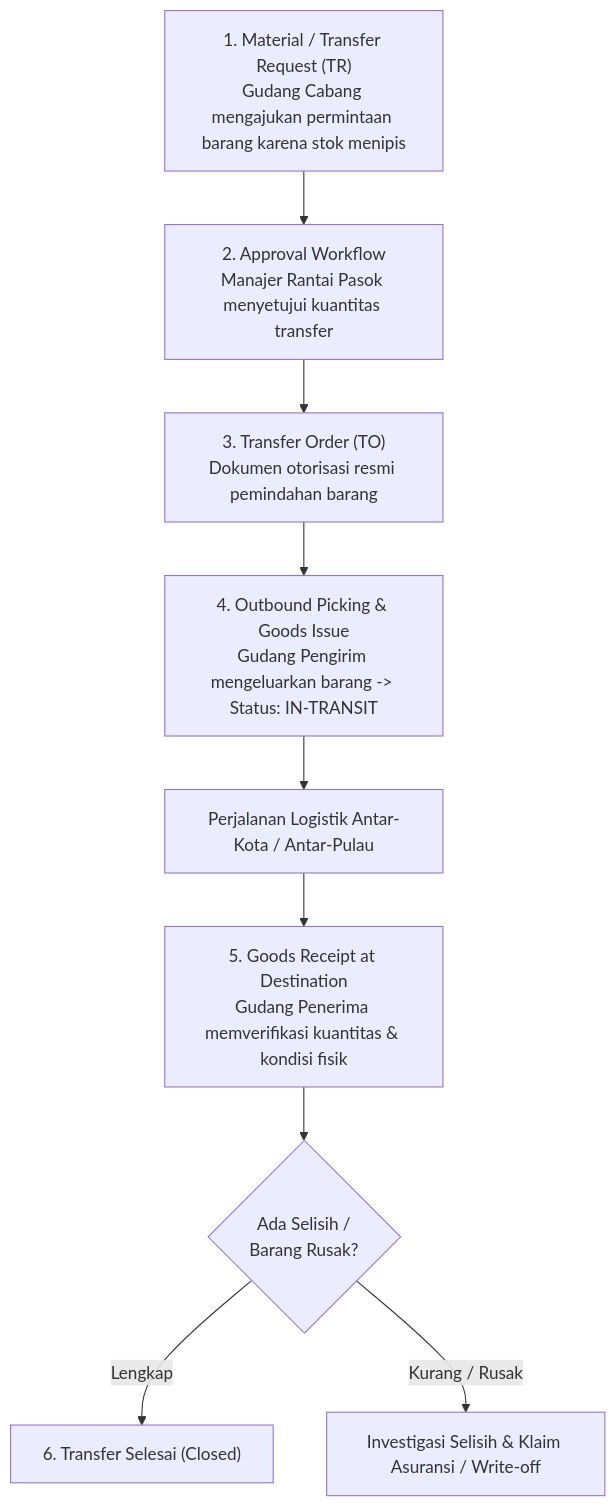
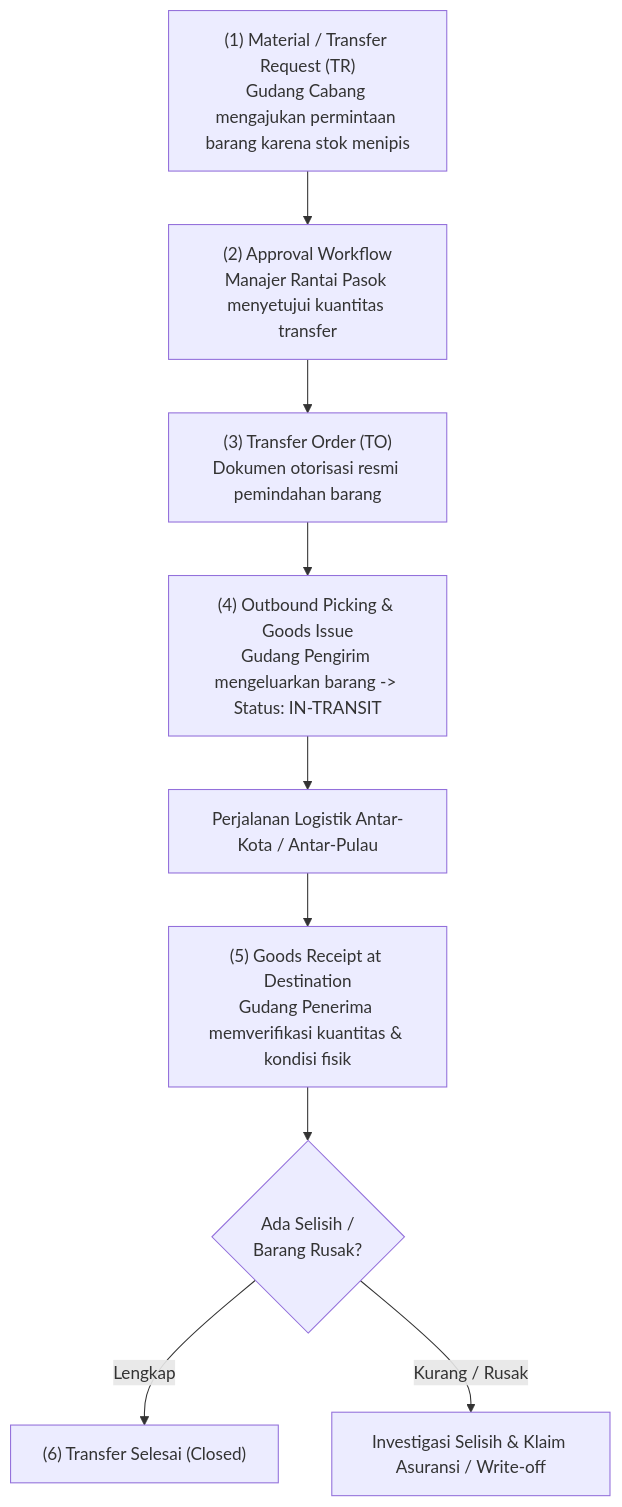
One commit to alimurrofid/erp-notes changed the third of 3 diagrams in content/05-inventory/internal-stock-transfer.md. Above: the diagram before and after it, drawn with Mermaid. The commit also changed other lines of this file and 132 other files, not shown here.

````diff
--- a/content/05-inventory/internal-stock-transfer.md
+++ b/content/05-inventory/internal-stock-transfer.md
@@ -78,12 +78,12 @@
 ```mermaid
 flowchart TD
-    TR["1. Material / Transfer Request (TR)<br/>Gudang Cabang mengajukan permintaan barang karena stok menipis"]
-    --> Appr["2. Approval Workflow<br/>Manajer Rantai Pasok menyetujui kuantitas transfer"]
-    --> TO["3. Transfer Order (TO)<br/>Dokumen otorisasi resmi pemindahan barang"]
-    --> Pick["4. Outbound Picking & Goods Issue<br/>Gudang Pengirim mengeluarkan barang -> Status: IN-TRANSIT"]
+    TR["(1) Material / Transfer Request (TR)<br/>Gudang Cabang mengajukan permintaan barang karena stok menipis"]
+    --> Appr["(2) Approval Workflow<br/>Manajer Rantai Pasok menyetujui kuantitas transfer"]
+    --> TO["(3) Transfer Order (TO)<br/>Dokumen otorisasi resmi pemindahan barang"]
+    --> Pick["(4) Outbound Picking & Goods Issue<br/>Gudang Pengirim mengeluarkan barang -> Status: IN-TRANSIT"]
     --> Transport["Perjalanan Logistik Antar-Kota / Antar-Pulau"]
-    --> GR["5. Goods Receipt at Destination<br/>Gudang Penerima memverifikasi kuantitas & kondisi fisik"]
+    --> GR["(5) Goods Receipt at Destination<br/>Gudang Penerima memverifikasi kuantitas & kondisi fisik"]
     --> Diff{Ada Selisih /<br/>Barang Rusak?}
-    Diff -- "Lengkap" --> Close["6. Transfer Selesai (Closed)"]
+    Diff -- "Lengkap" --> Close["(6) Transfer Selesai (Closed)"]
     Diff -- "Kurang / Rusak" --> Claim["Investigasi Selisih & Klaim Asuransi / Write-off"]
 ```
````
